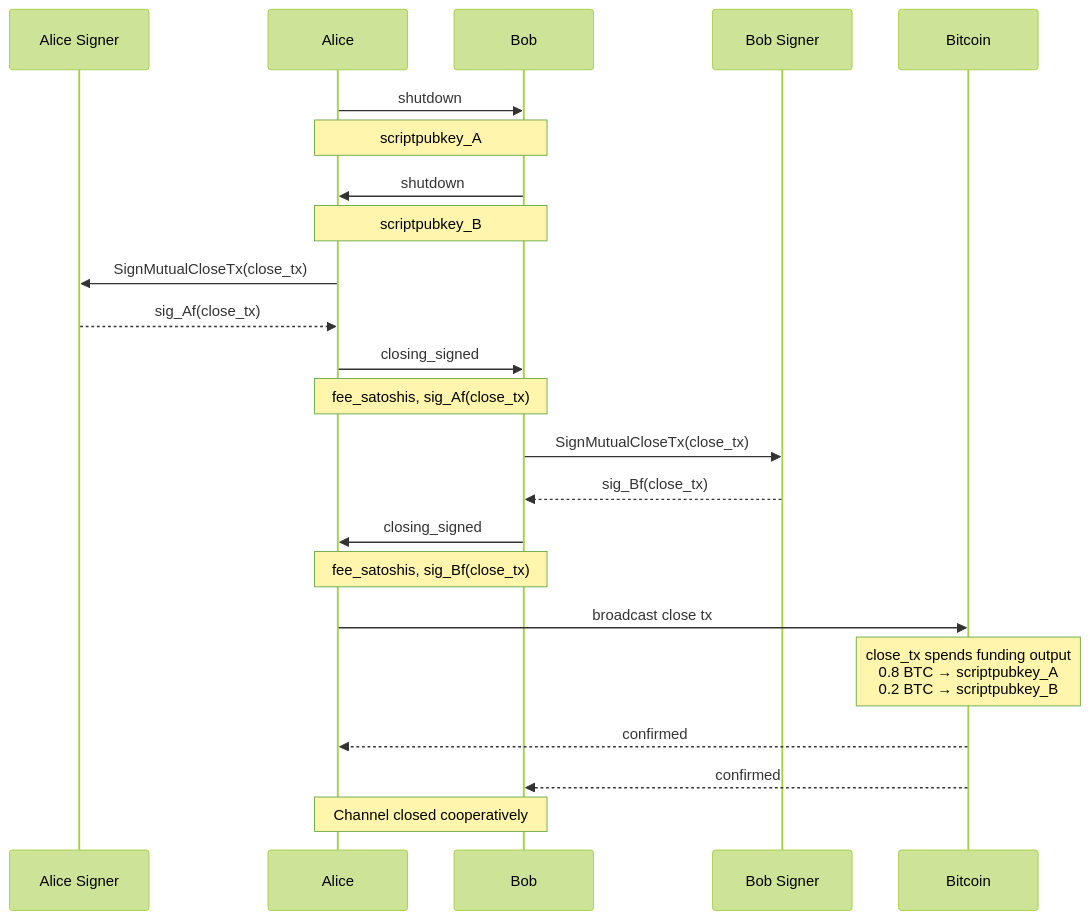
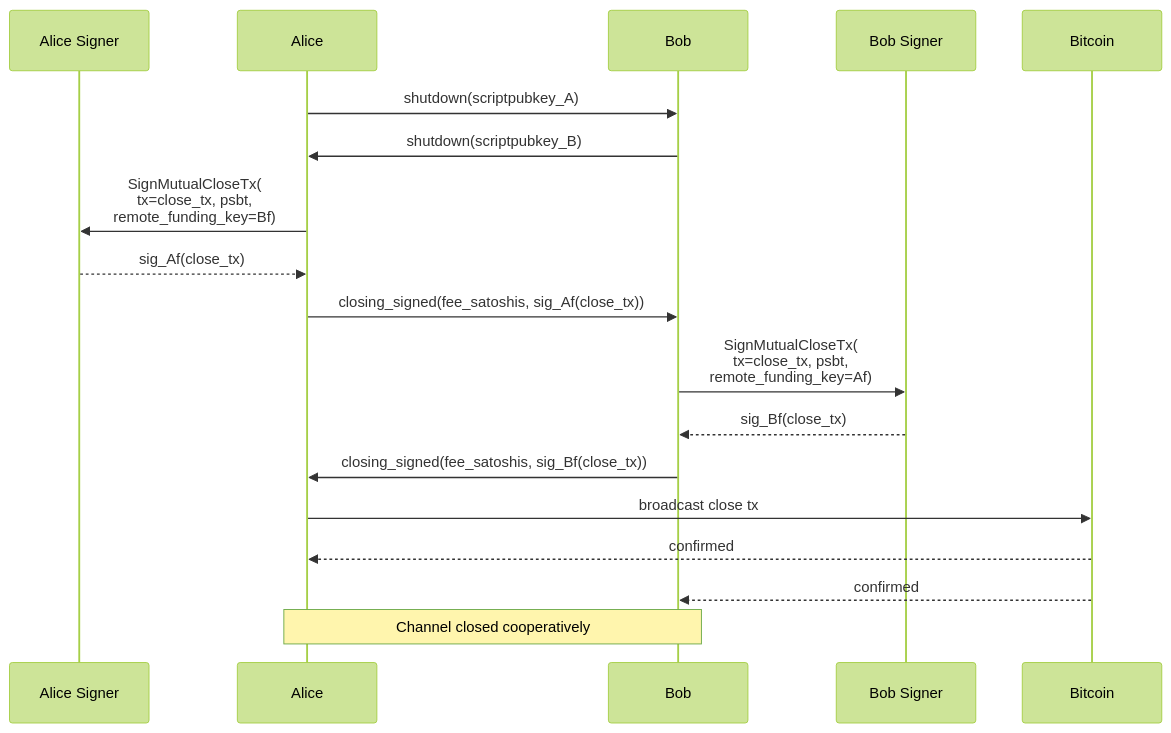
Before and after one commit to dukeh3/vls-arch: the fourth of 4 diagrams in current/01-alice-pays-bob.md, drawn with Mermaid (forest theme). The commit also changed other lines of this file and 4 other files, not shown here.

First line of the commit message:
Add challenges doc, inline params in all diagrams, expand redundancy analysis

````diff
--- a/current/01-alice-pays-bob.md
+++ b/current/01-alice-pays-bob.md
@@ -285,34 +331,28 @@
 ```mermaid
 sequenceDiagram
     participant SignerA as Alice Signer
     participant Alice
     participant Bob
     participant SignerB as Bob Signer
     participant Bitcoin
 
-    Alice->>Bob: shutdown
-    Note over Alice, Bob: scriptpubkey_A
+    Alice->>Bob: shutdown(scriptpubkey_A)
+    Bob->>Alice: shutdown(scriptpubkey_B)
 
-    Bob->>Alice: shutdown
-    Note over Alice, Bob: scriptpubkey_B
-
-    Alice->>SignerA: SignMutualCloseTx(close_tx)
+    Alice->>SignerA: SignMutualCloseTx(<br/>tx=close_tx, psbt,<br/>remote_funding_key=Bf)
     SignerA-->>Alice: sig_Af(close_tx)
 
-    Alice->>Bob: closing_signed
-    Note over Alice, Bob: fee_satoshis, sig_Af(close_tx)
+    Alice->>Bob: closing_signed(fee_satoshis, sig_Af(close_tx))
 
-    Bob->>SignerB: SignMutualCloseTx(close_tx)
+    Bob->>SignerB: SignMutualCloseTx(<br/>tx=close_tx, psbt,<br/>remote_funding_key=Af)
     SignerB-->>Bob: sig_Bf(close_tx)
 
-    Bob->>Alice: closing_signed
-    Note over Alice, Bob: fee_satoshis, sig_Bf(close_tx)
+    Bob->>Alice: closing_signed(fee_satoshis, sig_Bf(close_tx))
 
     Alice->>Bitcoin: broadcast close tx
-    Note over Bitcoin: close_tx spends funding output<br/>0.8 BTC → scriptpubkey_A<br/>0.2 BTC → scriptpubkey_B
 
     Bitcoin-->>Alice: confirmed
     Bitcoin-->>Bob: confirmed
 
     Note over Alice, Bob: Channel closed cooperatively
 ```
````
